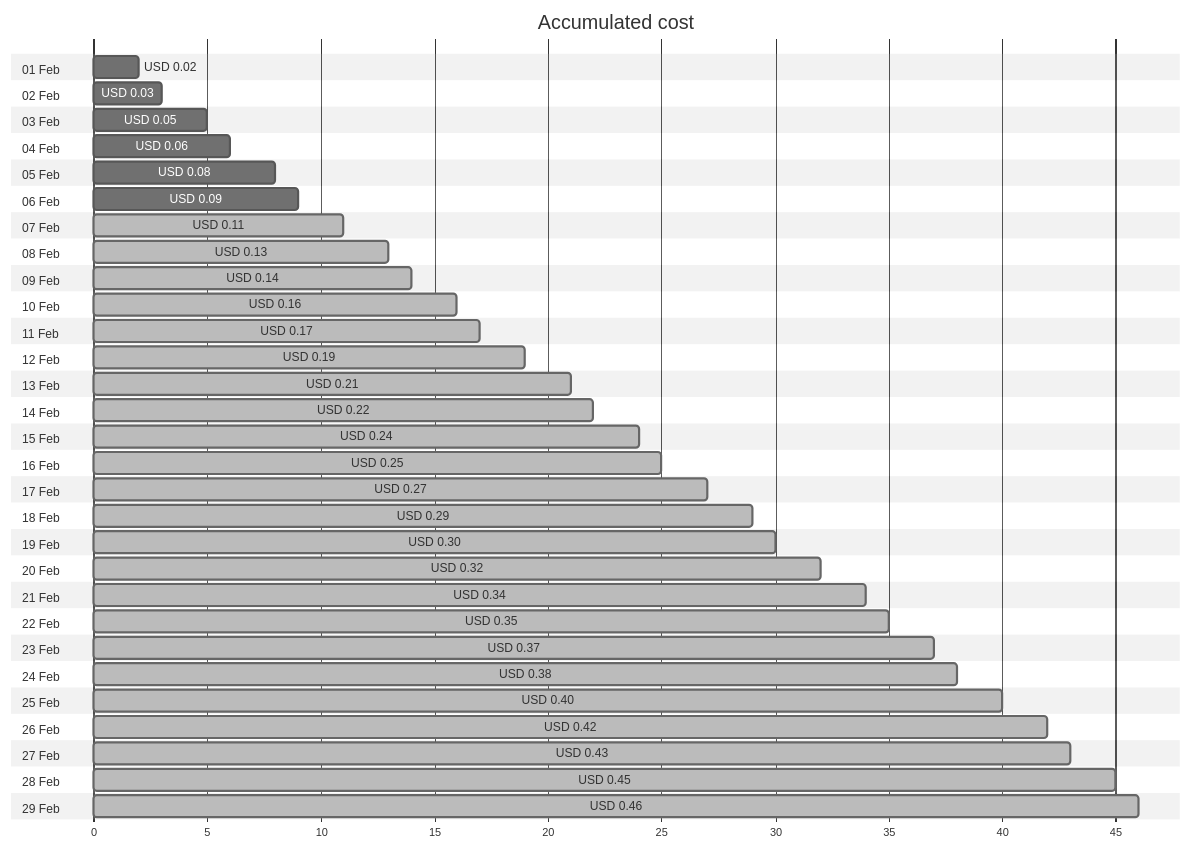
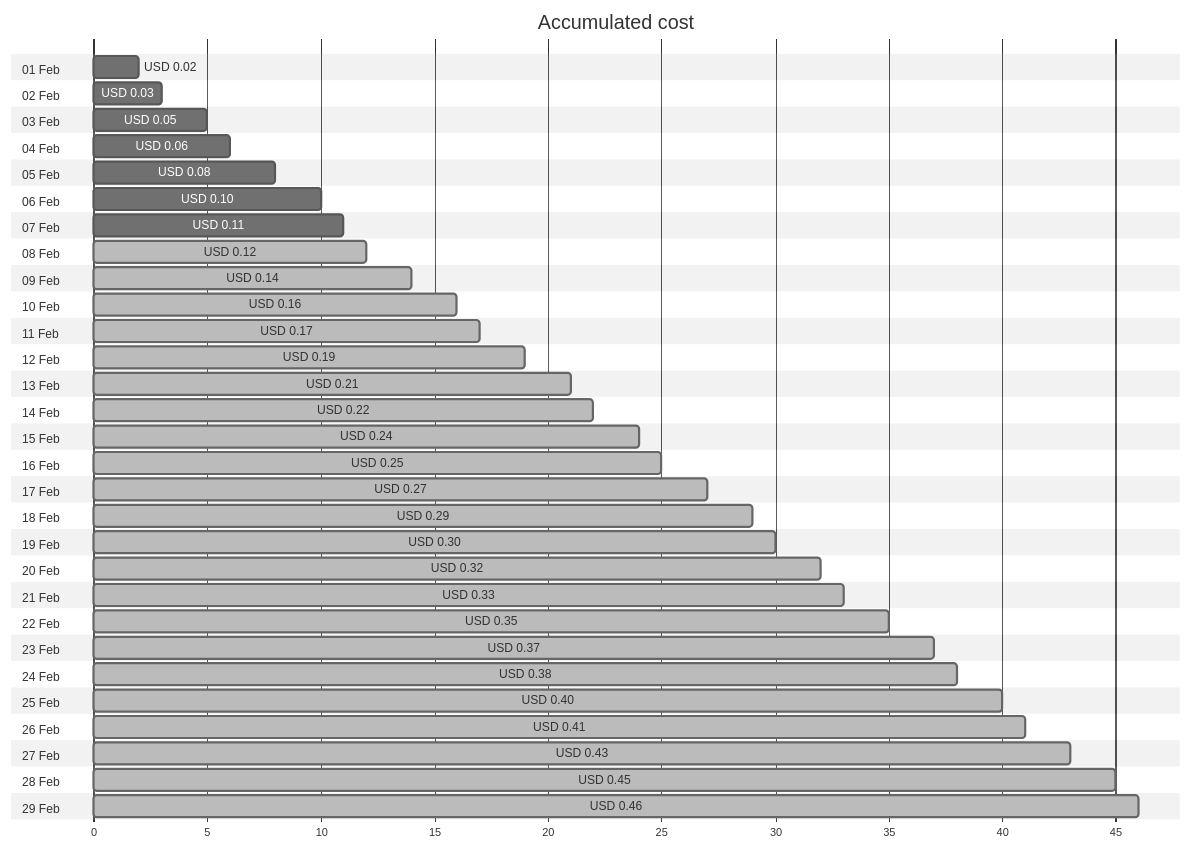
Before and after one commit to jpfulton/azure-personal-reports: the first of 4 diagrams in cost-reports/personal-network/private.jpatrickfulton.com.md, drawn with Mermaid (neutral theme). The commit also changed other lines of this file and 7 other files, not shown here.

````diff
--- a/cost-reports/personal-network/private.jpatrickfulton.com.md
+++ b/cost-reports/personal-network/private.jpatrickfulton.com.md
@@ -20,64 +20,64 @@
 ```mermaid
 gantt
    title Accumulated cost
    dateFormat  X
    axisFormat %s
    section 01 Feb
    USD 0.02 :0, 2
    section 02 Feb
    USD 0.03 :0, 3
    section 03 Feb
    USD 0.05 :0, 5
    section 04 Feb
    USD 0.06 :0, 6
    section 05 Feb
    USD 0.08 :0, 8
    section 06 Feb
-   USD 0.09 :0, 9
+   USD 0.10 :0, 10
    section 07 Feb
-   USD 0.11 : done, 0, 11
+   USD 0.11 :0, 11
    section 08 Feb
-   USD 0.13 : done, 0, 13
+   USD 0.12 : done, 0, 12
    section 09 Feb
    USD 0.14 : done, 0, 14
    section 10 Feb
    USD 0.16 : done, 0, 16
    section 11 Feb
    USD 0.17 : done, 0, 17
    section 12 Feb
    USD 0.19 : done, 0, 19
    section 13 Feb
    USD 0.21 : done, 0, 21
    section 14 Feb
    USD 0.22 : done, 0, 22
    section 15 Feb
    USD 0.24 : done, 0, 24
    section 16 Feb
    USD 0.25 : done, 0, 25
    section 17 Feb
    USD 0.27 : done, 0, 27
    section 18 Feb
    USD 0.29 : done, 0, 29
    section 19 Feb
    USD 0.30 : done, 0, 30
    section 20 Feb
    USD 0.32 : done, 0, 32
    section 21 Feb
-   USD 0.34 : done, 0, 34
+   USD 0.33 : done, 0, 33
    section 22 Feb
    USD 0.35 : done, 0, 35
    section 23 Feb
    USD 0.37 : done, 0, 37
    section 24 Feb
    USD 0.38 : done, 0, 38
    section 25 Feb
    USD 0.40 : done, 0, 40
    section 26 Feb
-   USD 0.42 : done, 0, 42
+   USD 0.41 : done, 0, 41
    section 27 Feb
    USD 0.43 : done, 0, 43
    section 28 Feb
    USD 0.45 : done, 0, 45
    section 29 Feb
    USD 0.46 : done, 0, 46
 ```
````
